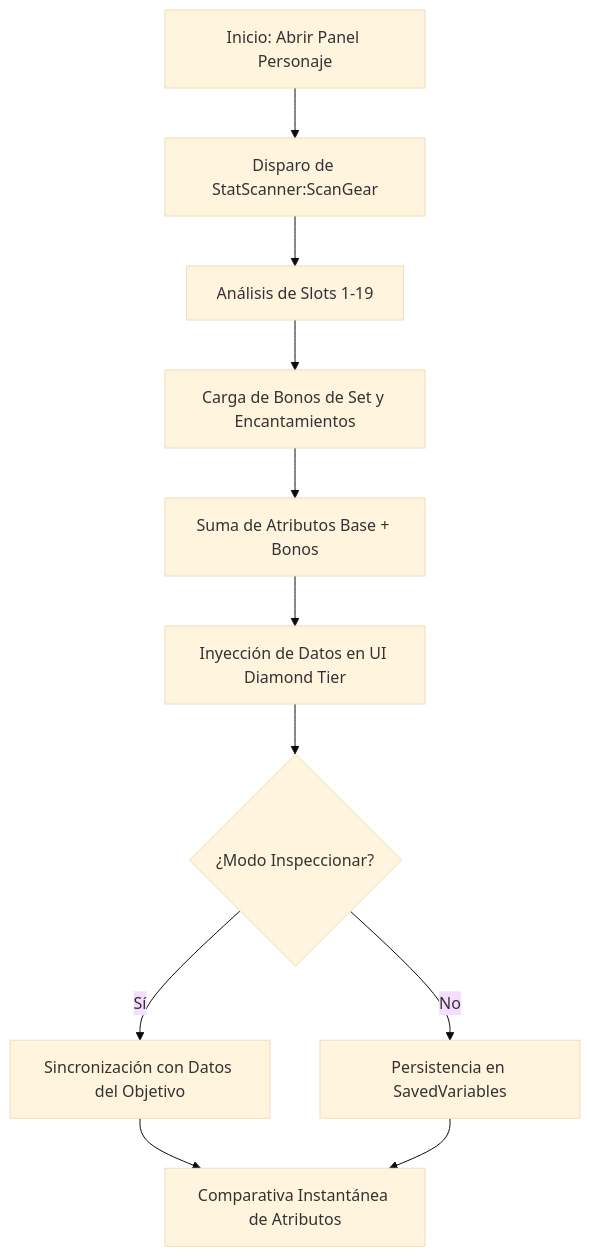
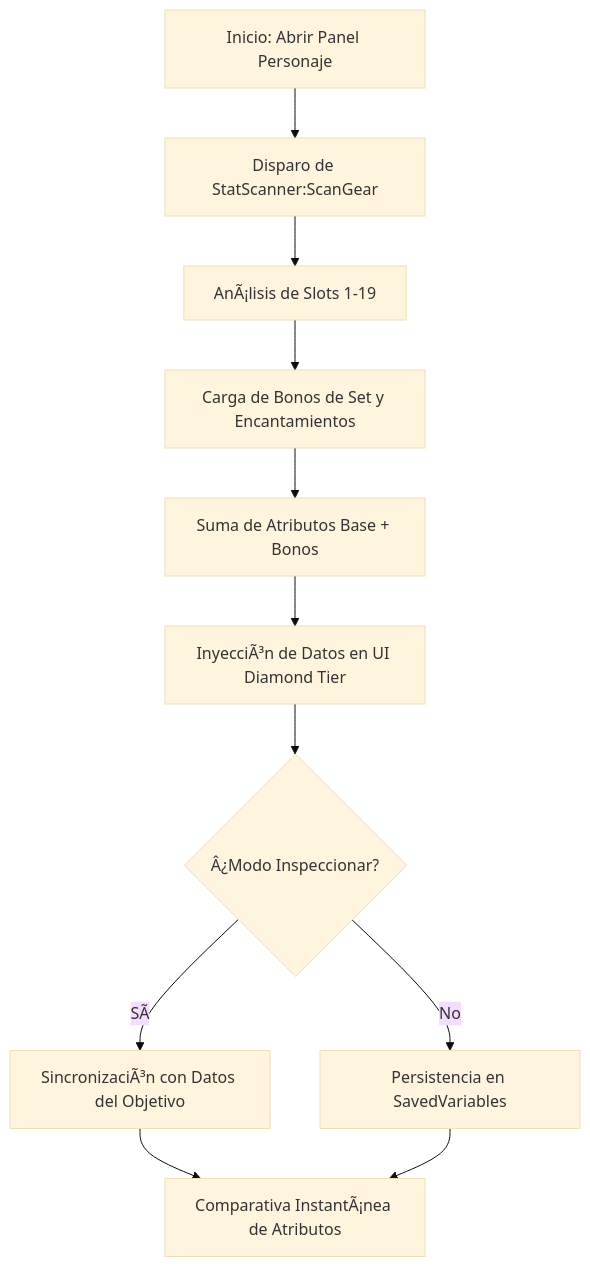
The diagram in wiki/Architecture.md (DarckRovert/StatCompare-TurtleWoW-Elnazzareno-Edition), drawn with Mermaid (base theme) before and after one commit. The commit also changed other lines of this file and 6 other files, not shown here.

````diff
--- a/wiki/Architecture.md
+++ b/wiki/Architecture.md
@@ -18,13 +18,13 @@
 ```mermaid
 graph TD
     A[Inicio: Abrir Panel Personaje] --> B[Disparo de StatScanner:ScanGear]
-    B --> C[Análisis de Slots 1-19]
+    B --> C[AnÃ¡lisis de Slots 1-19]
     C --> D[Carga de Bonos de Set y Encantamientos]
     D --> E[Suma de Atributos Base + Bonos]
-    E --> F[Inyección de Datos en UI Diamond Tier]
-    F --> G{¿Modo Inspeccionar?}
-    G -- Sí --> H[Sincronización con Datos del Objetivo]
+    E --> F[InyecciÃ³n de Datos en UI Diamond Tier]
+    F --> G{Â¿Modo Inspeccionar?}
+    G -- SÃ­ --> H[SincronizaciÃ³n con Datos del Objetivo]
     G -- No --> I[Persistencia en SavedVariables]
-    H --> J[Comparativa Instantánea de Atributos]
+    H --> J[Comparativa InstantÃ¡nea de Atributos]
     I --> J
 ```
````
